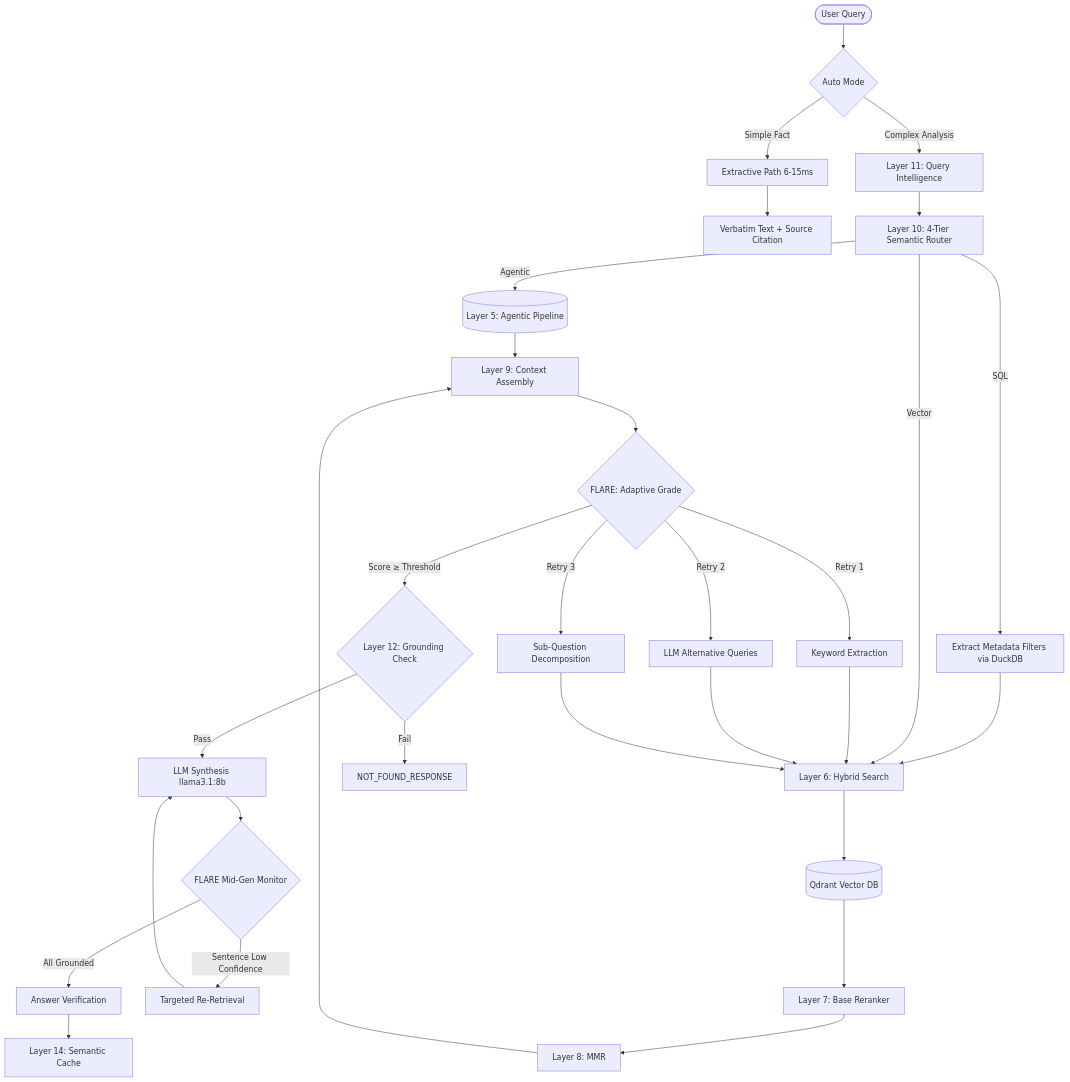
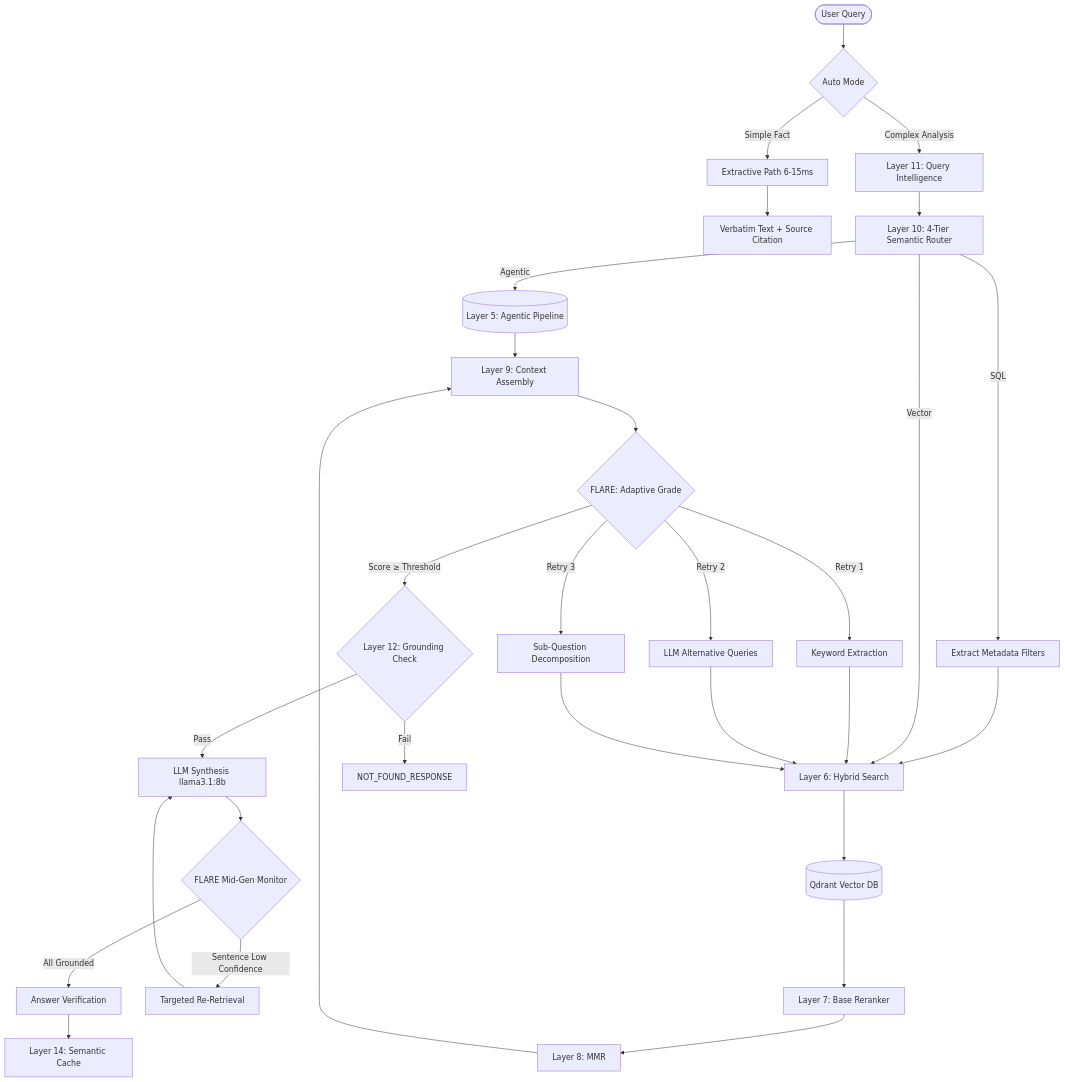
The diagram in README.md (varunsrivastav1999/Retrieval-Augmented-Generation--RAG-), drawn with Mermaid before and after one commit. The commit also changed other lines of this file, not shown here.

Commit message:
docs: Update README.md to reflect NVIDIA Blueprint RAG architecture and Llama 3.2 Vision extraction

````diff
--- a/README.md
+++ b/README.md
@@ -53,39 +42,39 @@
 ```mermaid
 graph TD
     User([User Query]) --> Auto{Auto Mode}
     Auto -- Simple Fact --> Ext[Extractive Path 6-15ms]
     Auto -- Complex Analysis --> QIntel[Layer 11: Query Intelligence]
     Ext --> Verbatim[Verbatim Text + Source Citation]
 
     QIntel --> Router[Layer 10: 4-Tier Semantic Router]
     
     Router -- Agentic --> AgenticRAG[(Layer 5: Agentic Pipeline)]
     AgenticRAG --> ContextAssemble[Layer 9: Context Assembly]
     
-    Router -- SQL --> ExtMeta[Extract Metadata Filters via DuckDB]
+    Router -- SQL --> ExtMeta[Extract Metadata Filters]
     ExtMeta --> Hybrid[Layer 6: Hybrid Search]
     
     Router -- Vector --> Hybrid
     Hybrid --> Qdrant[(Qdrant Vector DB)]
     Qdrant --> Reranker[Layer 7: Base Reranker]
     Reranker --> MMR[Layer 8: MMR]
     MMR --> ContextAssemble
     
     ContextAssemble --> FLARE{FLARE: Adaptive Grade}
     FLARE -- Score ≥ Threshold --> Grounding{Layer 12: Grounding Check}
     FLARE -- Retry 1 --> Rewrite1[Keyword Extraction]
     FLARE -- Retry 2 --> Rewrite2[LLM Alternative Queries]
     FLARE -- Retry 3 --> Rewrite3[Sub-Question Decomposition]
     Rewrite1 --> Hybrid
     Rewrite2 --> Hybrid
     Rewrite3 --> Hybrid
     
     Grounding -- Pass --> LLM[LLM Synthesis llama3.1:8b]
     Grounding -- Fail --> HALT[NOT_FOUND_RESPONSE]
     
     LLM --> FLARE_Mid{FLARE Mid-Gen Monitor}
     FLARE_Mid -- Sentence Low Confidence --> TargetedRet[Targeted Re-Retrieval]
     TargetedRet --> LLM
     FLARE_Mid -- All Grounded --> Verify[Answer Verification]
     Verify --> Cache[Layer 14: Semantic Cache]
 ```
````
